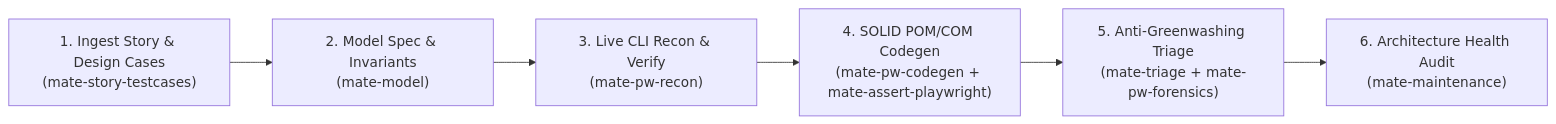
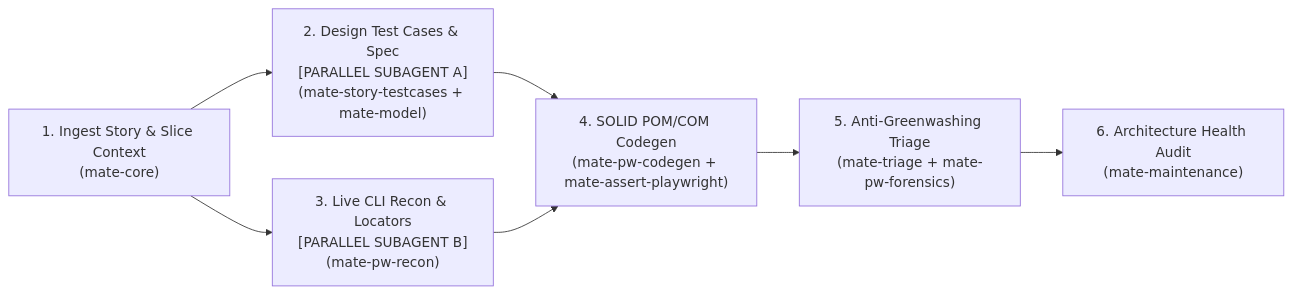
The diagram in workflows/mate-flow-user-story.md (crespoantonio/mate-sdt), drawn with Mermaid before and after one commit. The commit also changed other lines of this file and 5 other files, not shown here.

````diff
--- a/workflows/mate-flow-user-story.md
+++ b/workflows/mate-flow-user-story.md
@@ -9,8 +12,9 @@
 ```mermaid
 flowchart LR
-    S1["1. Ingest Story & Design Cases<br/>(mate-story-testcases)"] --> S2["2. Model Spec & Invariants<br/>(mate-model)"]
-    S2 --> S3["3. Live CLI Recon & Verify<br/>(mate-pw-recon)"]
-    S3 --> S4["4. SOLID POM/COM Codegen<br/>(mate-pw-codegen + mate-assert-playwright)"]
+    S1["1. Ingest Story & Slice Context<br/>(mate-core)"] --> S2["2. Design Test Cases & Spec<br/>[PARALLEL SUBAGENT A]<br/>(mate-story-testcases + mate-model)"]
+    S1 --> S3["3. Live CLI Recon & Locators<br/>[PARALLEL SUBAGENT B]<br/>(mate-pw-recon)"]
+    S2 --> S4["4. SOLID POM/COM Codegen<br/>(mate-pw-codegen + mate-assert-playwright)"]
+    S3 --> S4
     S4 --> S5["5. Anti-Greenwashing Triage<br/>(mate-triage + mate-pw-forensics)"]
     S5 --> S6["6. Architecture Health Audit<br/>(mate-maintenance)"]
 ```
````
